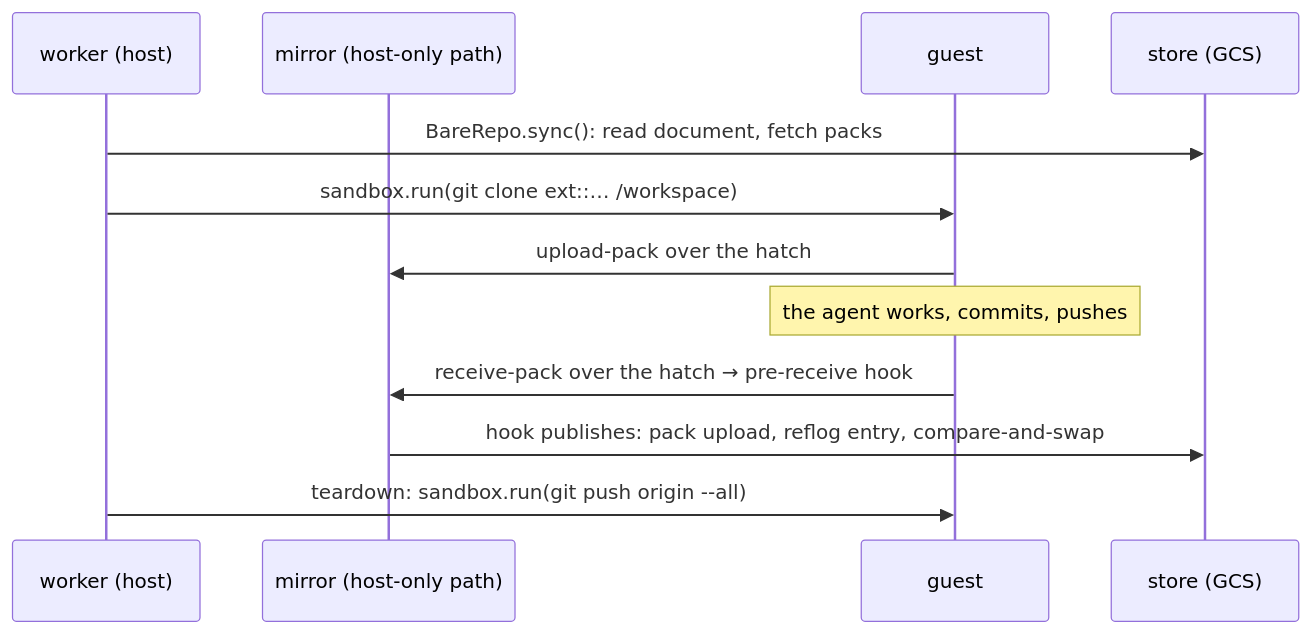
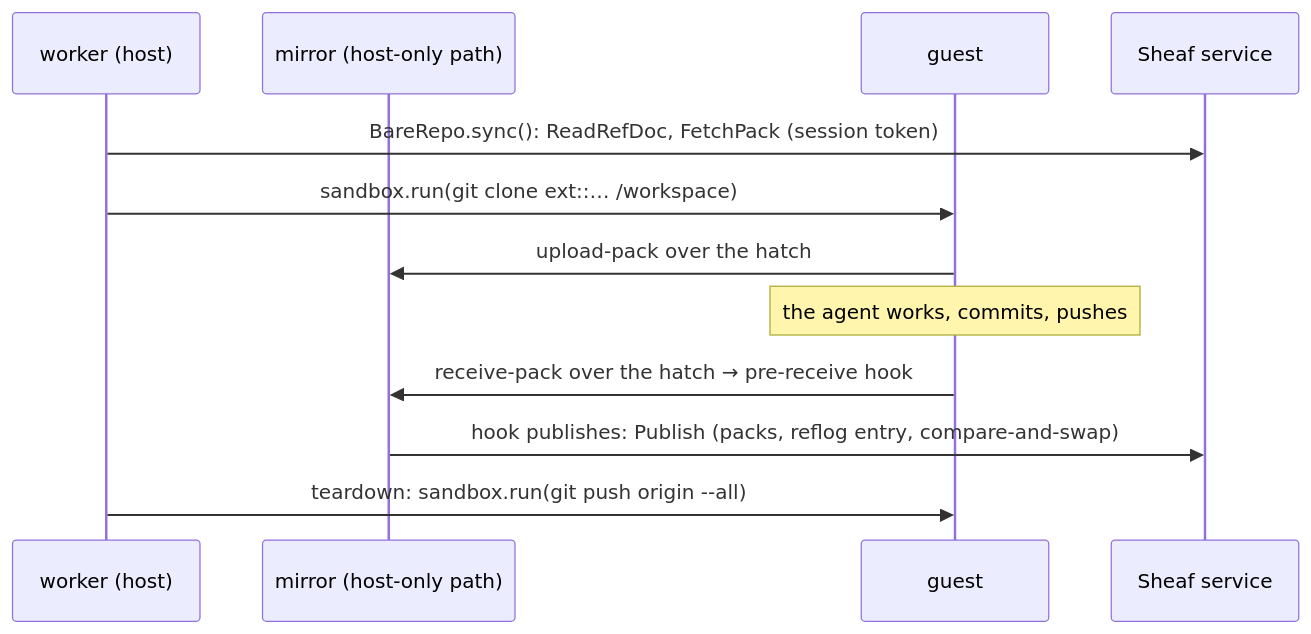
Before and after one commit to populationgenomics/themis: the diagram in docs/plans/sheaf-changeover.md, drawn with Mermaid. The commit also changed other lines of this file and 33 other files, not shown here.

````diff
--- a/docs/plans/sheaf-changeover.md
+++ b/docs/plans/sheaf-changeover.md
@@ -51,14 +51,14 @@
 ```mermaid
 sequenceDiagram
     participant W as worker (host)
     participant M as mirror (host-only path)
     participant G as guest
-    participant S as store (GCS)
-    W->>S: BareRepo.sync(): read document, fetch packs
+    participant S as Sheaf service
+    W->>S: BareRepo.sync(): ReadRefDoc, FetchPack (session token)
     W->>G: sandbox.run(git clone ext::… /workspace)
     G->>M: upload-pack over the hatch
     Note over G: the agent works, commits, pushes
     G->>M: receive-pack over the hatch → pre-receive hook
-    M->>S: hook publishes: pack upload, reflog entry, compare-and-swap
+    M->>S: hook publishes: Publish (packs, reflog entry, compare-and-swap)
     W->>G: teardown: sandbox.run(git push origin --all)
 ```
````
